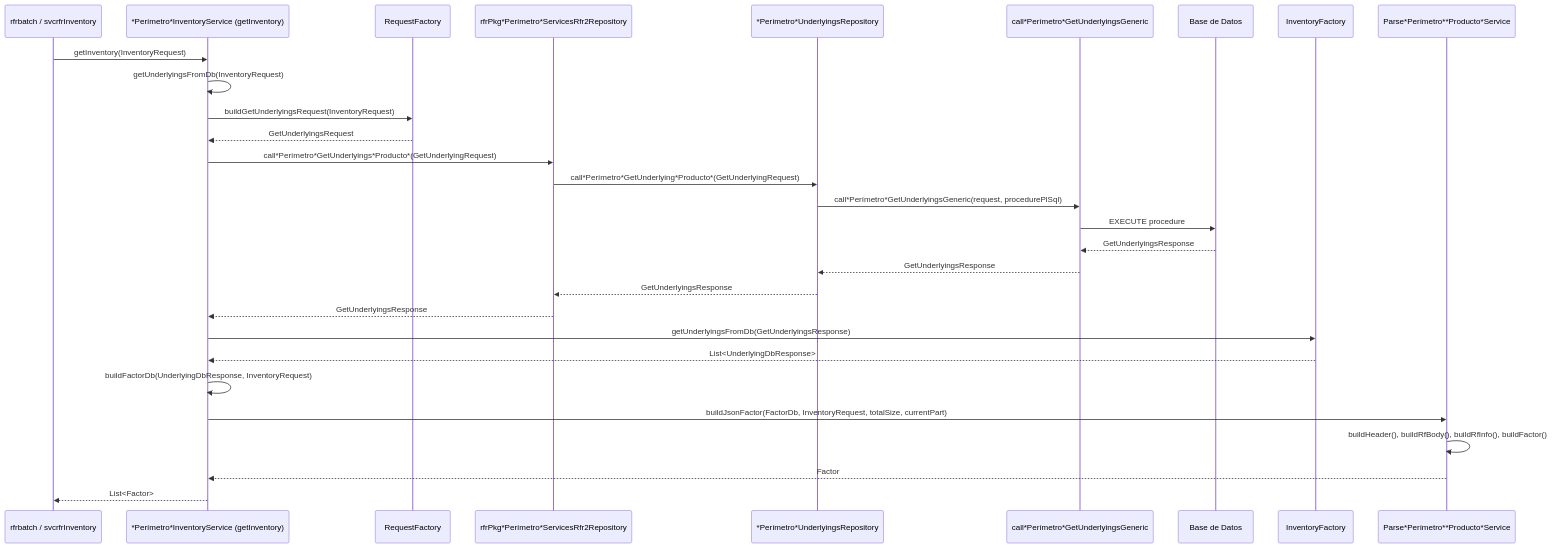
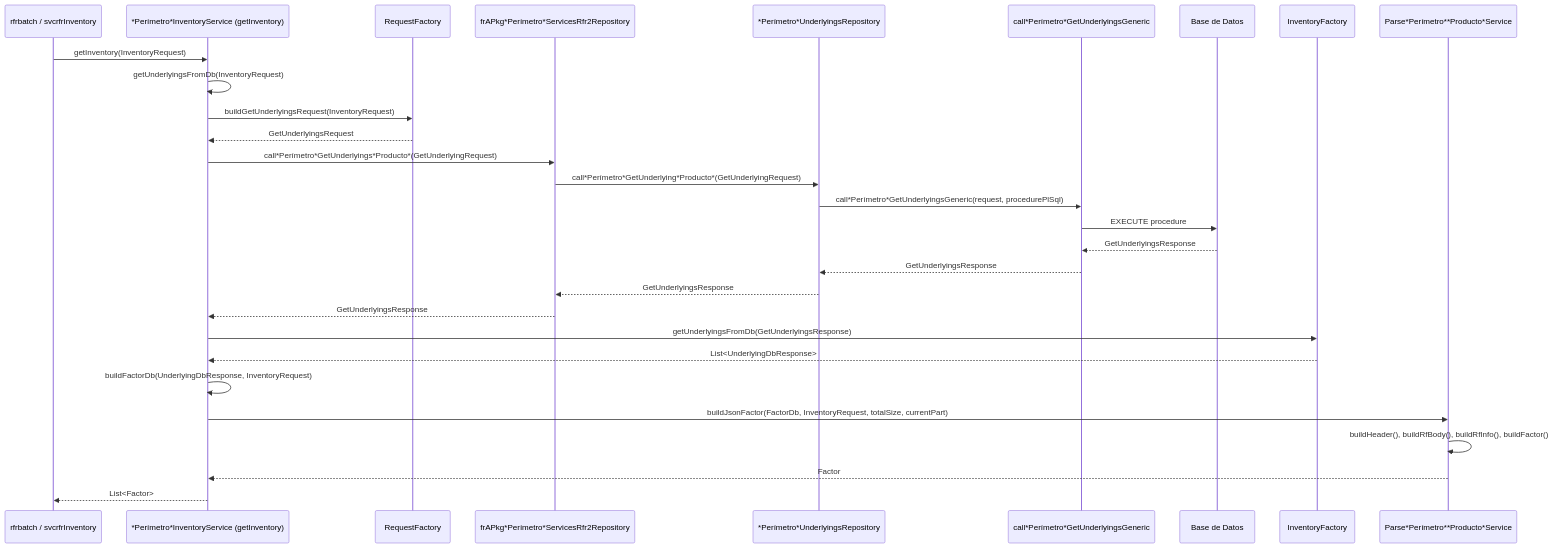
One commit to EdiGamez/test changed the diagram in readme_rfr_inventory_lib.md. Above: the diagram before and after it, drawn with Mermaid. The commit also changed other lines of this file, not shown here.

````diff
--- a/readme_rfr_inventory_lib.md
+++ b/readme_rfr_inventory_lib.md
@@ -18,32 +18,32 @@
 ```mermaid
 sequenceDiagram
     participant Cliente as rfrbatch / svcrfrInventory
     participant Servicio as *Perímetro*InventoryService (getInventory)
     participant Factory as RequestFactory
-    participant RepoMain as rfrPkg*Perímetro*ServicesRfr2Repository
+    participant RepoMain as frAPkg*Perímetro*ServicesRfr2Repository
     participant RepoSub as *Perímetro*UnderlyingsRepository
     participant Proc as call*Perímetro*GetUnderlyingsGeneric
     participant DB as Base de Datos
     participant FactoryResp as InventoryFactory
     participant Builder as Parse*Perímetro**Producto*Service
 
     Cliente->>Servicio: getInventory(InventoryRequest)
     Servicio->>Servicio: getUnderlyingsFromDb(InventoryRequest)
     Servicio->>Factory: buildGetUnderlyingsRequest(InventoryRequest)
     Factory-->>Servicio: GetUnderlyingsRequest
     Servicio->>RepoMain: call*Perímetro*GetUnderlyings*Producto*(GetUnderlyingRequest)
     RepoMain->>RepoSub: call*Perímetro*GetUnderlying*Producto*(GetUnderlyingRequest)
     RepoSub->>Proc: call*Perímetro*GetUnderlyingsGeneric(request, procedurePlSql)
     Proc->>DB: EXECUTE procedure
     DB-->>Proc: GetUnderlyingsResponse
     Proc-->>RepoSub: GetUnderlyingsResponse
     RepoSub-->>RepoMain: GetUnderlyingsResponse
     RepoMain-->>Servicio: GetUnderlyingsResponse
     Servicio->>FactoryResp: getUnderlyingsFromDb(GetUnderlyingsResponse)
     FactoryResp-->>Servicio: List<UnderlyingDbResponse>
     Servicio->>Servicio: buildFactorDb(UnderlyingDbResponse, InventoryRequest)
     Servicio->>Builder: buildJsonFactor(FactorDb, InventoryRequest, totalSize, currentPart)
     Builder->>Builder: buildHeader(), buildRfBody(), buildRfInfo(), buildFactor()
     Builder-->>Servicio: Factor
     Servicio-->>Cliente: List<Factor>
 ```
````
